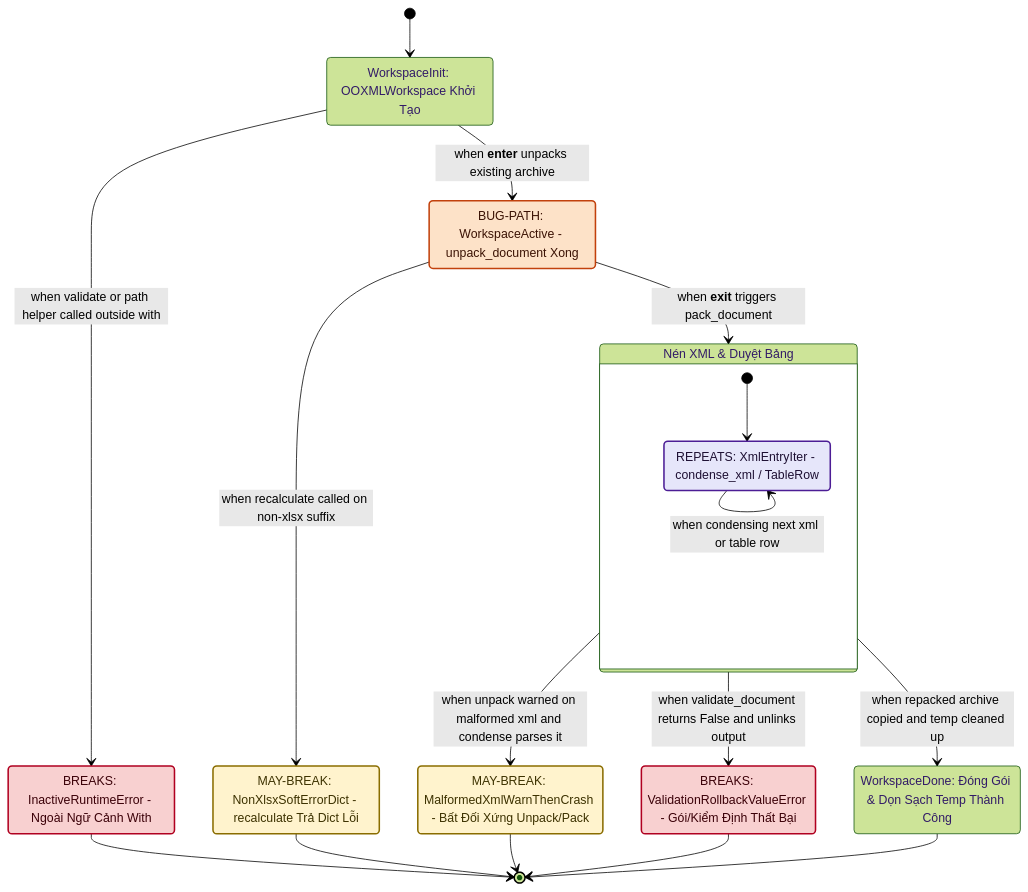
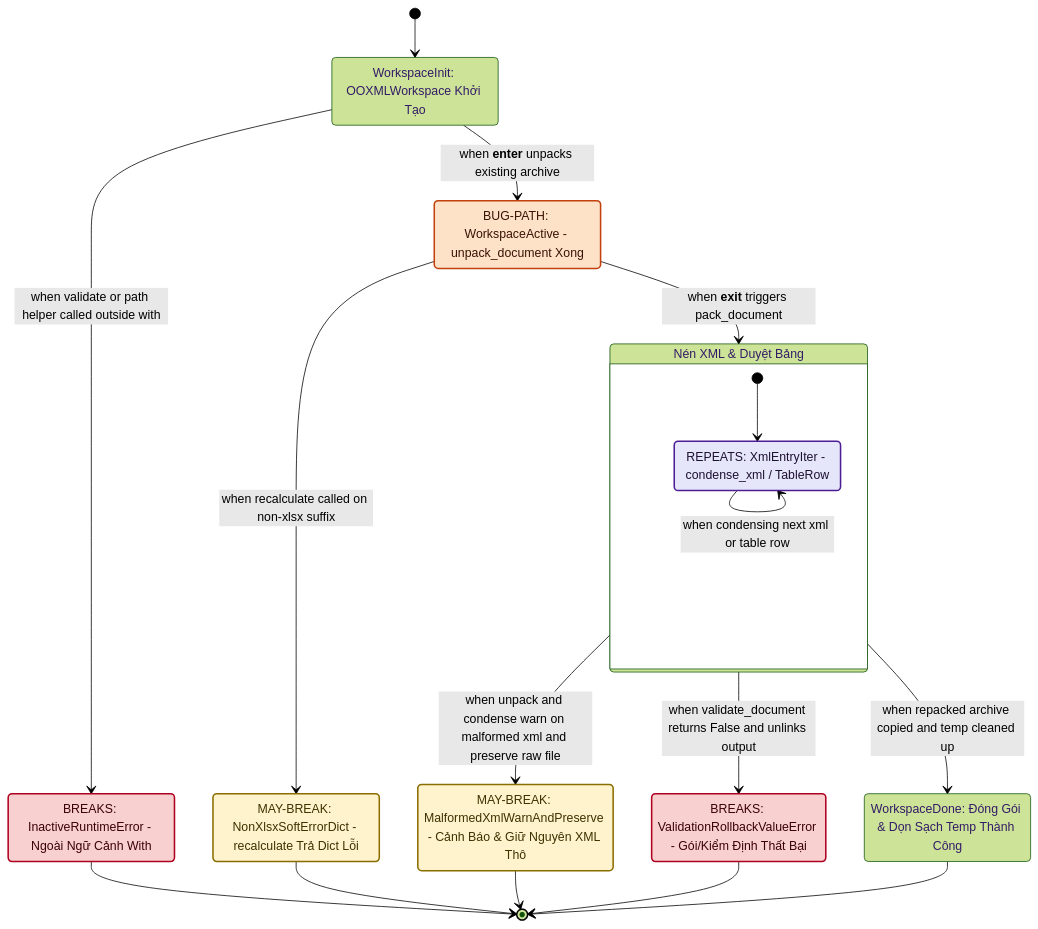
The second of 2 diagrams in packages/ccba-harness/.agents/skills/verify-ccba-ooxml/SKILL.md (vvChu/ccba-agent-platform), drawn with Mermaid (forest theme) before and after one commit. The commit also changed other lines of this file and 5 other files, not shown here.

Commit message:
fix(ccba-ooxml): handle malformed XML gracefully in condense_xml (#799) (#800)

````diff
--- a/packages/ccba-harness/.agents/skills/verify-ccba-ooxml/SKILL.md
+++ b/packages/ccba-harness/.agents/skills/verify-ccba-ooxml/SKILL.md
@@ -79,39 +79,39 @@
 ```mermaid
 stateDiagram-v2
   classDef breaks fill:#f8d0d0,stroke:#b00020,stroke-width:2px,color:#3b0008
   classDef mayBreak fill:#fff3cd,stroke:#8a6d00,stroke-width:2px,color:#3d3200
   classDef bugPath fill:#fde2c8,stroke:#c2410c,stroke-width:2px,color:#3b1204
   classDef repeats fill:#e6e6fa,stroke:#4c1d95,stroke-width:2px,color:#1e1033
 
   state "WorkspaceInit: OOXMLWorkspace Khởi Tạo" as WorkspaceInit
   state "BREAKS: InactiveRuntimeError - Ngoài Ngữ Cảnh With" as InactiveRuntimeError
   state "BUG-PATH: WorkspaceActive - unpack_document Xong" as WorkspaceActive
   state "MAY-BREAK: NonXlsxSoftErrorDict - recalculate Trả Dict Lỗi" as NonXlsxSoftErrorDict
   state "BREAKS: ValidationRollbackValueError - Gói/Kiểm Định Thất Bại" as ValidationRollbackValueError
-  state "MAY-BREAK: MalformedXmlWarnThenCrash - Bất Đối Xứng Unpack/Pack" as MalformedXmlWarnThenCrash
+  state "MAY-BREAK: MalformedXmlWarnAndPreserve - Cảnh Báo & Giữ Nguyên XML Thô" as MalformedXmlWarnAndPreserve
   state "WorkspaceDone: Đóng Gói & Dọn Sạch Temp Thành Công" as WorkspaceDone
 
   [*] --> WorkspaceInit
   WorkspaceInit --> InactiveRuntimeError: when validate or path helper called outside with
   WorkspaceInit --> WorkspaceActive: when __enter__ unpacks existing archive
   WorkspaceActive --> NonXlsxSoftErrorDict: when recalculate called on non-xlsx suffix
   WorkspaceActive --> XmlCondenseLoop: when __exit__ triggers pack_document
   state "Nén XML & Duyệt Bảng" as XmlCondenseLoop {
     state "REPEATS: XmlEntryIter - condense_xml / TableRow" as XmlEntryIter
     [*] --> XmlEntryIter
     XmlEntryIter --> XmlEntryIter: when condensing next xml or table row
   }
-  XmlCondenseLoop --> MalformedXmlWarnThenCrash: when unpack warned on malformed xml and condense parses it
+  XmlCondenseLoop --> MalformedXmlWarnAndPreserve: when unpack and condense warn on malformed xml and preserve raw file
   XmlCondenseLoop --> ValidationRollbackValueError: when validate_document returns False and unlinks output
   XmlCondenseLoop --> WorkspaceDone: when repacked archive copied and temp cleaned up
   InactiveRuntimeError --> [*]
   NonXlsxSoftErrorDict --> [*]
-  MalformedXmlWarnThenCrash --> [*]
+  MalformedXmlWarnAndPreserve --> [*]
   ValidationRollbackValueError --> [*]
   WorkspaceDone --> [*]
 
   class InactiveRuntimeError,ValidationRollbackValueError breaks
-  class NonXlsxSoftErrorDict,MalformedXmlWarnThenCrash mayBreak
+  class NonXlsxSoftErrorDict,MalformedXmlWarnAndPreserve mayBreak
   class WorkspaceActive bugPath
   class XmlEntryIter repeats
 ```
````
